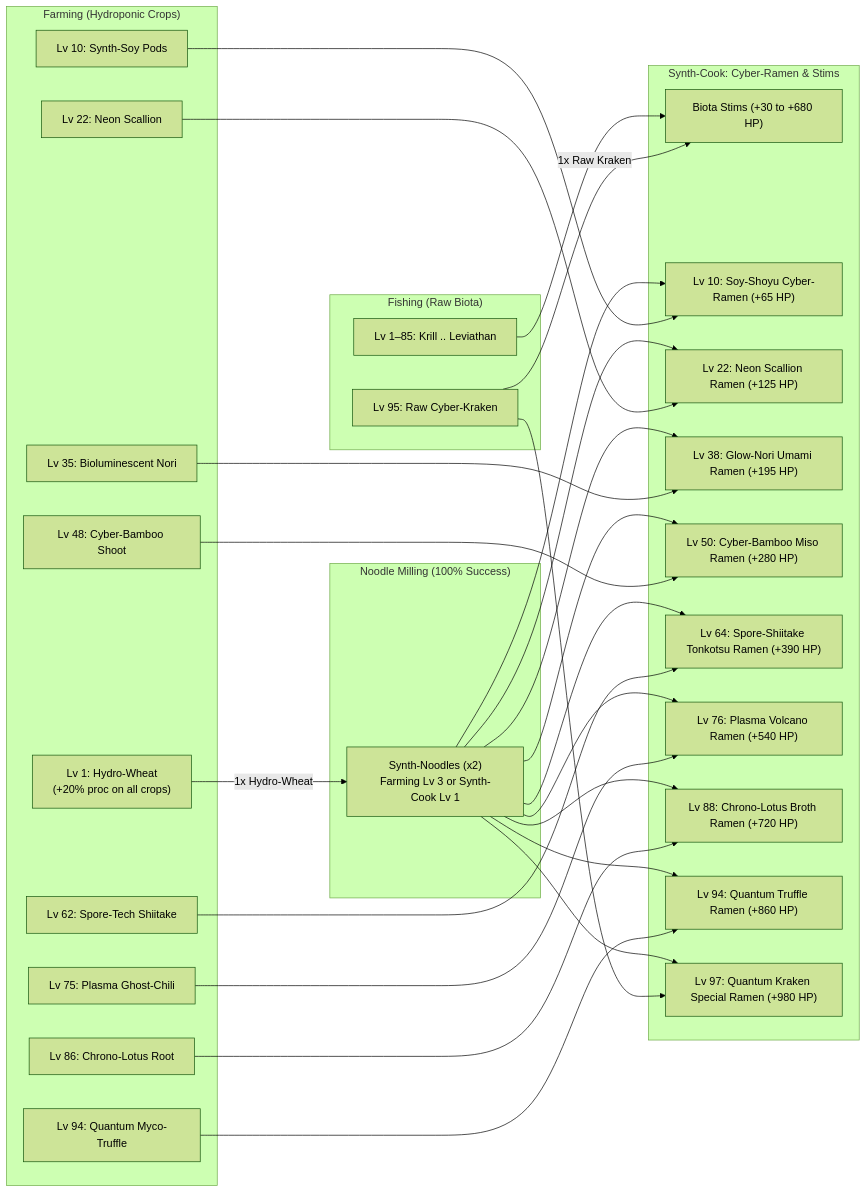
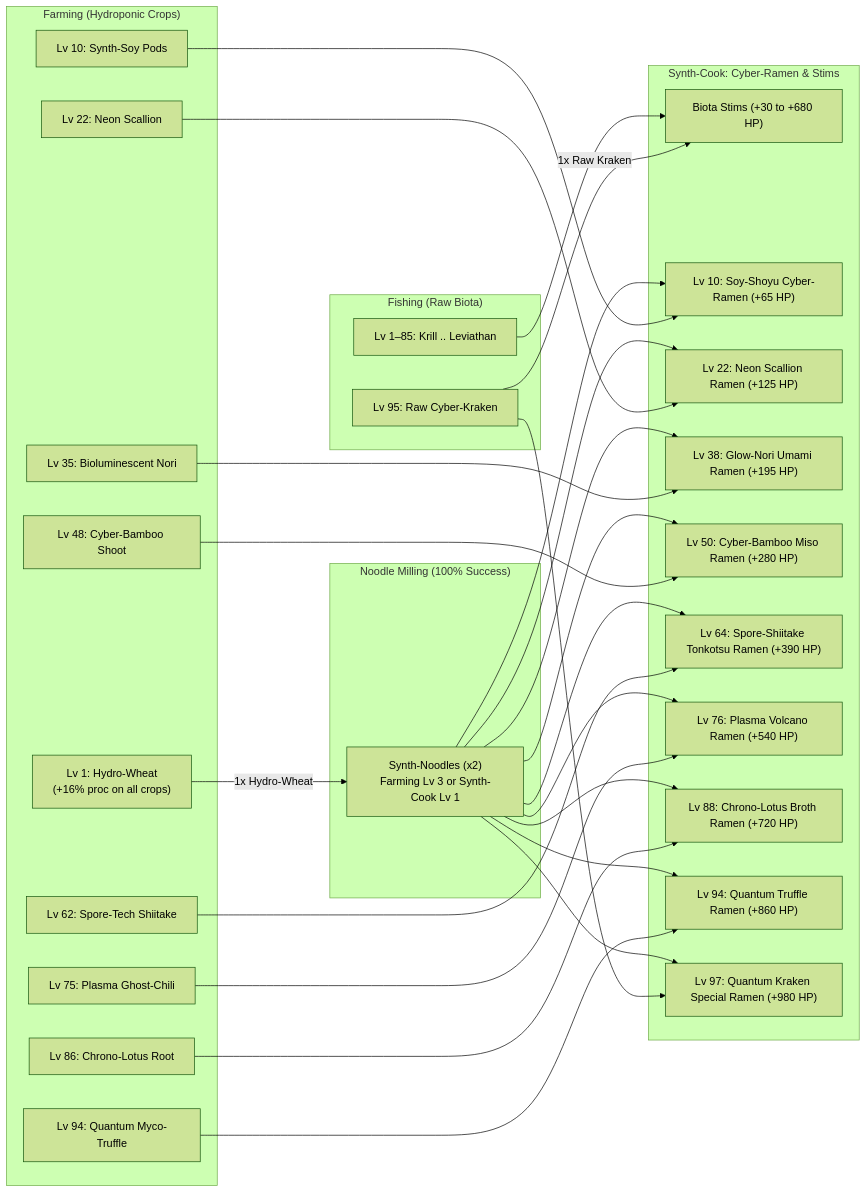
One commit to Mizux/routineverse changed the fifth of 5 diagrams in docs/logistics.md. Above: the diagram before and after it, drawn with Mermaid (forest theme). The commit also changed other lines of this file and 4 other files, not shown here.

````diff
--- a/docs/logistics.md
+++ b/docs/logistics.md
@@ -229,50 +229,50 @@
 ```mermaid
 flowchart LR
   subgraph Hydroponics["Farming (Hydroponic Crops)"]
-    F_WH["Lv 1: Hydro-Wheat<br/>(+20% proc on all crops)"]
+    F_WH["Lv 1: Hydro-Wheat<br/>(+16% proc on all crops)"]
     F_SOY["Lv 10: Synth-Soy Pods"]
     F_SC["Lv 22: Neon Scallion"]
     F_NR["Lv 35: Bioluminescent Nori"]
     F_BM["Lv 48: Cyber-Bamboo Shoot"]
     F_SH["Lv 62: Spore-Tech Shiitake"]
     F_CH["Lv 75: Plasma Ghost-Chili"]
     F_LO["Lv 86: Chrono-Lotus Root"]
     F_TR["Lv 94: Quantum Myco-Truffle"]
   end
 
   subgraph Aquaculture["Fishing (Raw Biota)"]
     B_ALL["Lv 1–85: Krill .. Leviathan"]
     B_KR["Lv 95: Raw Cyber-Kraken"]
   end
 
   subgraph NoodlePrep["Noodle Milling (100% Success)"]
     ND["Synth-Noodles (x2)<br/>Farming Lv 3 or Synth-Cook Lv 1"]
   end
 
   subgraph RamenCook["Synth-Cook: Cyber-Ramen & Stims"]
     STIM["Biota Stims (+30 to +680 HP)"]
     R1["Lv 10: Soy-Shoyu Cyber-Ramen (+65 HP)"]
     R2["Lv 22: Neon Scallion Ramen (+125 HP)"]
     R3["Lv 38: Glow-Nori Umami Ramen (+195 HP)"]
     R4["Lv 50: Cyber-Bamboo Miso Ramen (+280 HP)"]
     R5["Lv 64: Spore-Shiitake Tonkotsu Ramen (+390 HP)"]
     R6["Lv 76: Plasma Volcano Ramen (+540 HP)"]
     R7["Lv 88: Chrono-Lotus Broth Ramen (+720 HP)"]
     R8["Lv 94: Quantum Truffle Ramen (+860 HP)"]
     R9["Lv 97: Quantum Kraken Special Ramen (+980 HP)"]
   end
 
   F_WH -->|"1x Hydro-Wheat"| ND
   B_ALL --> STIM
   B_KR -->|"1x Raw Kraken"| STIM
 
   ND & F_SOY --> R1
   ND & F_SC --> R2
   ND & F_NR --> R3
   ND & F_BM --> R4
   ND & F_SH --> R5
   ND & F_CH --> R6
   ND & F_LO --> R7
   ND & F_TR --> R8
   ND & B_KR --> R9
 ```
````
